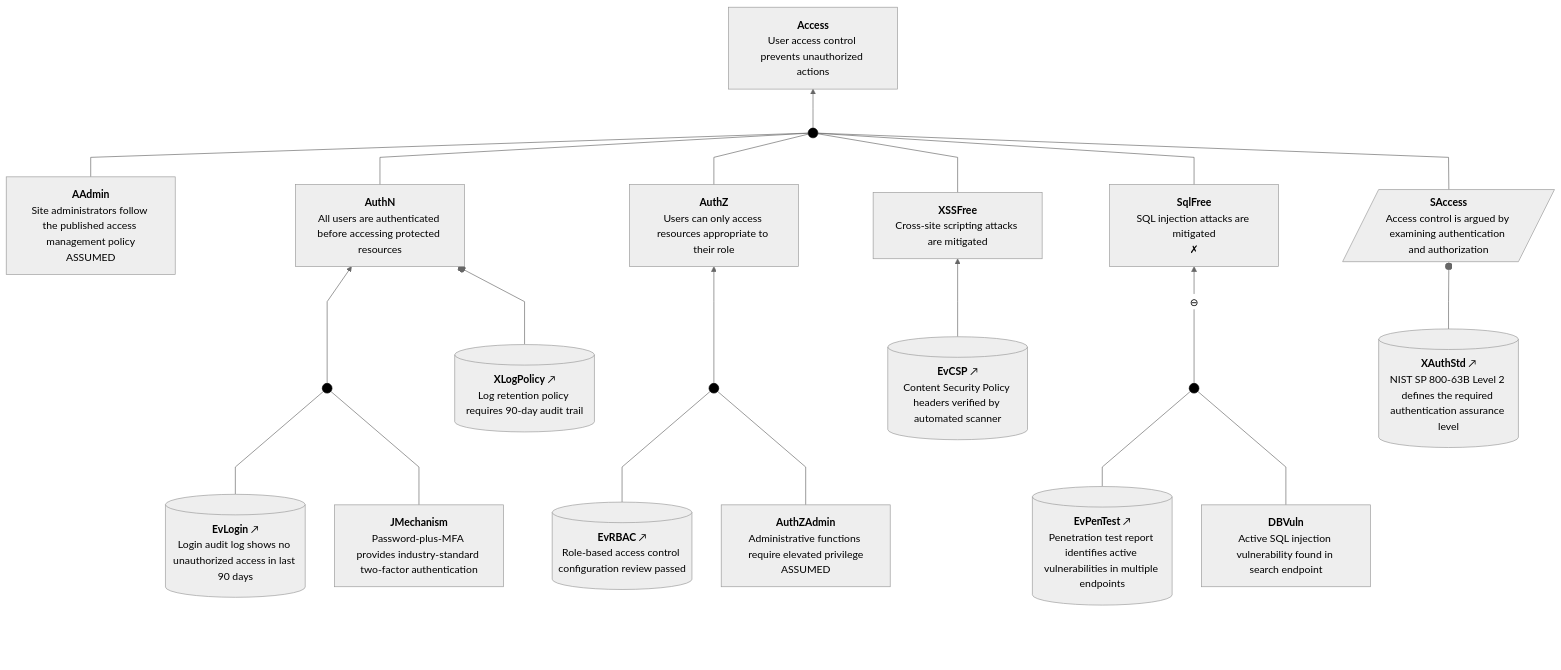
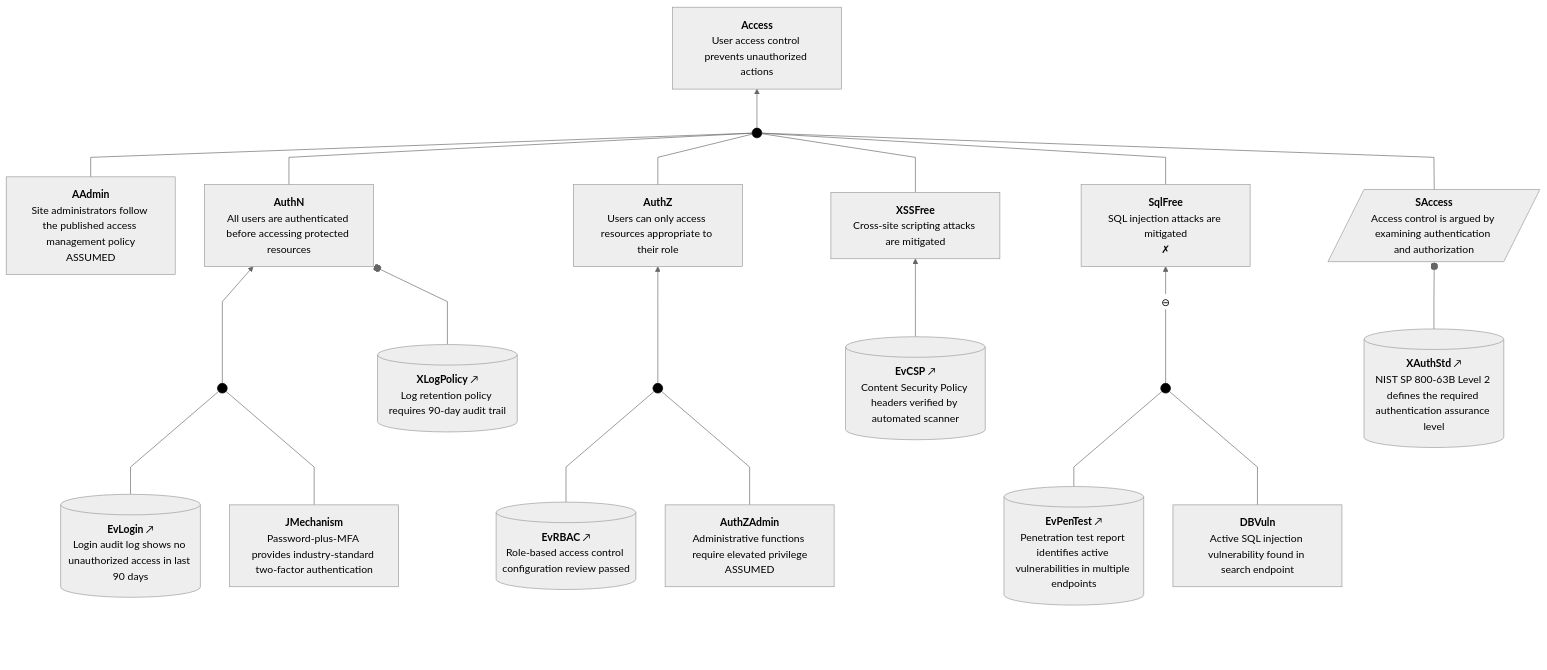
One commit to david-a-wheeler/verocase changed the second of 12 diagrams in tests/fixtures/demo-output.expected.md. Above: the diagram before and after it, drawn with Mermaid. The commit also changed other lines of this file and 8 other files, not shown here.

First line of the commit message:
Fix GSN side-by-side rendering and use per-leaf BottomPadding nodes

```diff
--- a/tests/fixtures/demo-output.expected.md
+++ b/tests/fixtures/demo-output.expected.md
@@ -124,16 +124,16 @@
     click EvPenTest "https://github.com/david-a-wheeler/verocase/blob/main/tests/fixtures/demo-output.expected.md#evidence-evpentest"
     click DBVuln "https://github.com/david-a-wheeler/verocase/blob/main/tests/fixtures/demo-output.expected.md#claim-dbvuln"
 
-    BottomPadding[ ]:::invisible ~~~ AAdmin
-    BottomPadding ~~~ XAuthStd
-    BottomPadding ~~~ EvLogin
-    BottomPadding ~~~ JMechanism
-    BottomPadding ~~~ XLogPolicy
-    BottomPadding ~~~ EvRBAC
-    BottomPadding ~~~ AuthZAdmin
-    BottomPadding ~~~ EvCSP
-    BottomPadding ~~~ EvPenTest
-    BottomPadding ~~~ DBVuln
+    BottomPadding1[ ]:::invisible ~~~ AAdmin
+    BottomPadding2[ ]:::invisible ~~~ XAuthStd
+    BottomPadding3[ ]:::invisible ~~~ EvLogin
+    BottomPadding4[ ]:::invisible ~~~ JMechanism
+    BottomPadding5[ ]:::invisible ~~~ XLogPolicy
+    BottomPadding6[ ]:::invisible ~~~ EvRBAC
+    BottomPadding7[ ]:::invisible ~~~ AuthZAdmin
+    BottomPadding8[ ]:::invisible ~~~ EvCSP
+    BottomPadding9[ ]:::invisible ~~~ EvPenTest
+    BottomPadding10[ ]:::invisible ~~~ DBVuln
     EvLogin --- Dot1
     JMechanism --- Dot1
     Dot1 --> AuthN
```
